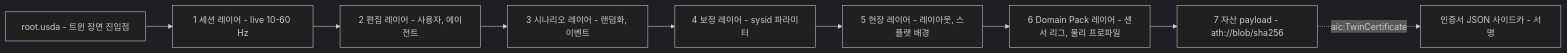
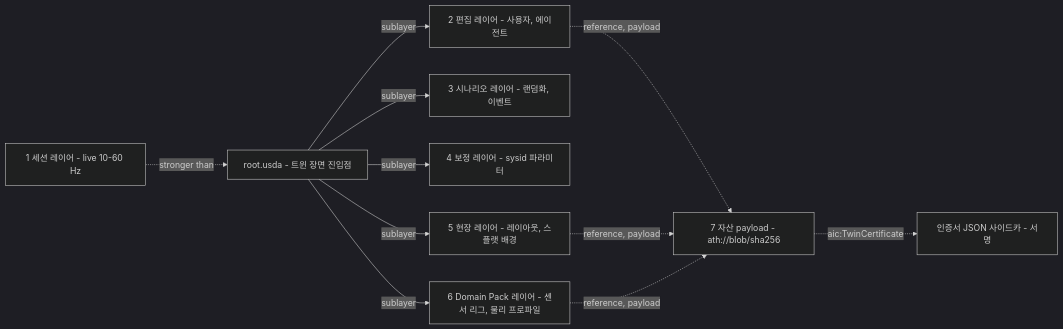
Before and after one commit to ouremployeeces-ship-it/AIResearch: the second of 13 diagrams in docs/digital-twin-platform/04-system-architecture.md, drawn with Mermaid (dark theme). The commit also changed other lines of this file and 14 other files, not shown here.

````diff
--- a/docs/digital-twin-platform/04-system-architecture.md
+++ b/docs/digital-twin-platform/04-system-architecture.md
@@ -757,13 +796,15 @@
 ```mermaid
 flowchart LR
     ROOT["root.usda - 트윈 장면 진입점"]
     S1["1 세션 레이어 - live 10-60 Hz"]
     S2["2 편집 레이어 - 사용자, 에이전트"]
     S3["3 시나리오 레이어 - 랜덤화, 이벤트"]
     S4["4 보정 레이어 - sysid 파라미터"]
     S5["5 현장 레이어 - 레이아웃, 스플랫 배경"]
     S6["6 Domain Pack 레이어 - 센서 리그, 물리 프로파일"]
     S7["7 자산 payload - ath://blob/sha256"]
-    ROOT --> S1 --> S2 --> S3 --> S4 --> S5 --> S6 --> S7
+    S1 -.->|"stronger than"| ROOT
+    ROOT -->|"sublayer"| S2 & S3 & S4 & S5 & S6
+    S2 & S5 & S6 -.->|"reference, payload"| S7
     S7 -.->|"aic:TwinCertificate"| CERTX["인증서 JSON 사이드카 - 서명"]
 ```
````
